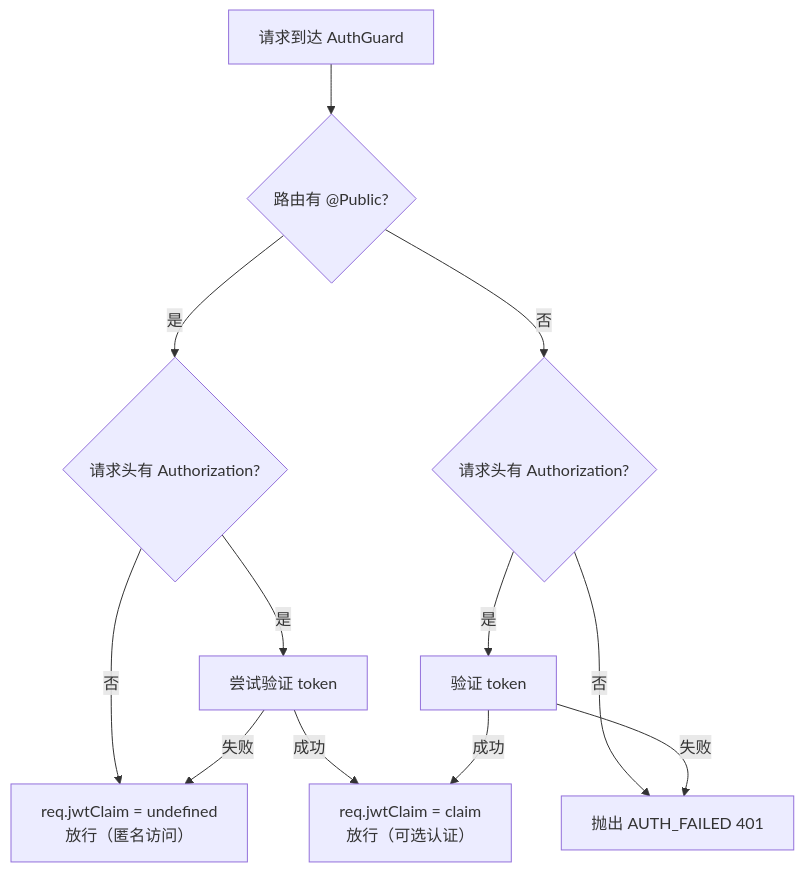
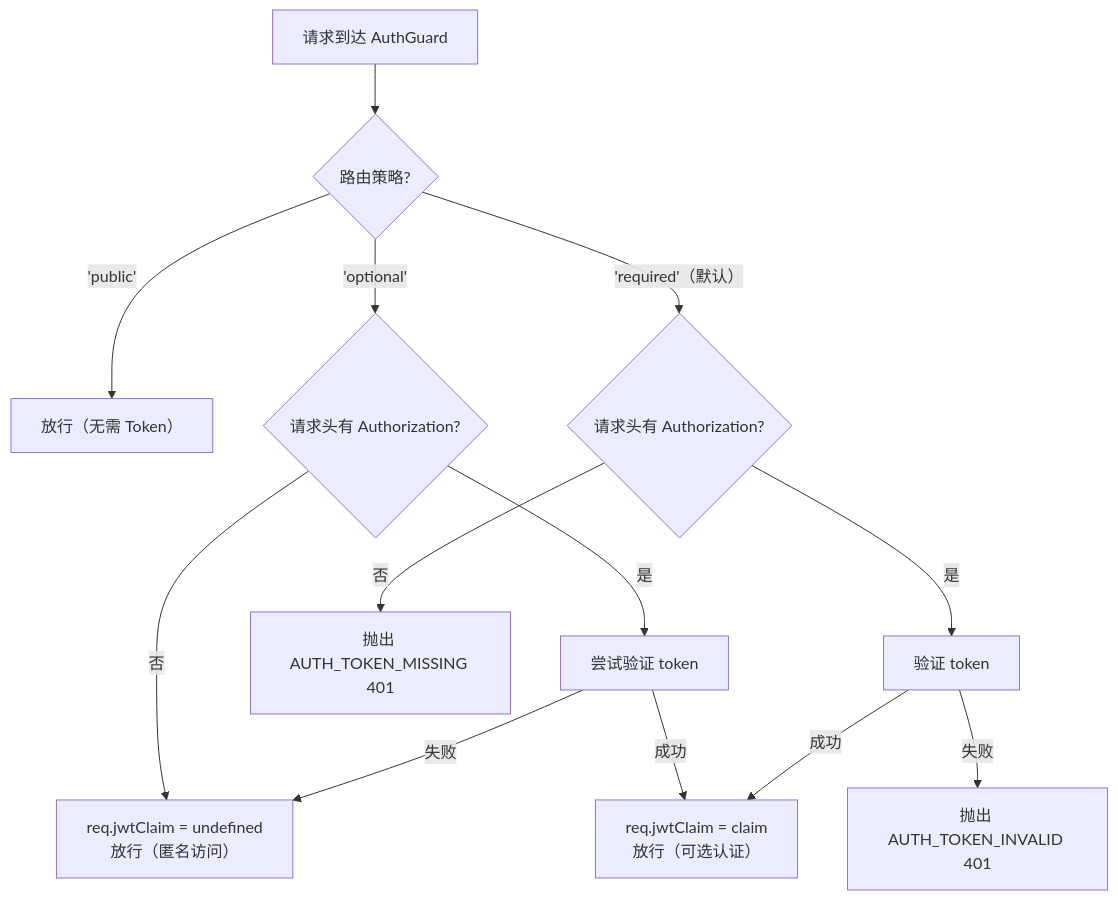
Before and after one commit to gdmuna/NestJS-Scaffold: the second of 2 diagrams in docs/02-architecture/request-pipeline.md, drawn with Mermaid. The commit also changed other lines of this file and 15 other files, not shown here.

````diff
--- a/docs/02-architecture/request-pipeline.md
+++ b/docs/02-architecture/request-pipeline.md
@@ -154,14 +154,15 @@
 ```mermaid
 flowchart TD
-    A[请求到达 AuthGuard] --> B{路由有 @Public?}
-    B -- 是 --> C{请求头有 Authorization?}
+    A[请求到达 AuthGuard] --> B{路由策略?}
+    B -- "'public'" --> Z[放行（无需 Token）]
+    B -- "'optional'" --> C{请求头有 Authorization?}
     C -- 否 --> D["req.jwtClaim = undefined\n放行（匿名访问）"]
     C -- 是 --> E[尝试验证 token]
     E -- 成功 --> F["req.jwtClaim = claim\n放行（可选认证）"]
     E -- 失败 --> D
-    B -- 否 --> G{请求头有 Authorization?}
-    G -- 否 --> H["抛出 AUTH_FAILED 401"]
+    B -- "'required'（默认）" --> G{请求头有 Authorization?}
+    G -- 否 --> H["抛出 AUTH_TOKEN_MISSING 401"]
     G -- 是 --> I[验证 token]
     I -- 成功 --> F
-    I -- 失败 --> H
+    I -- 失败 --> H2["抛出 AUTH_TOKEN_INVALID 401"]
 ```
````
